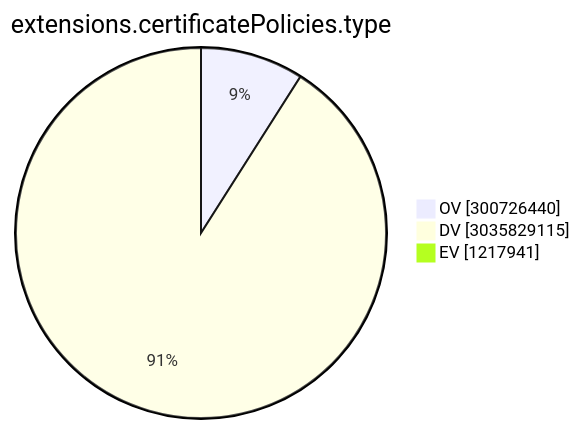
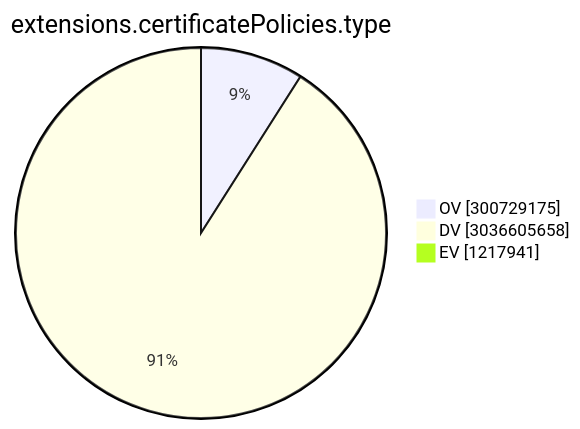
One commit to christiankrug/ctmonitor_visualization changed the ninth of 15 diagrams in TOTAL/README.md. Above: the diagram before and after it, drawn with Mermaid. The commit also changed other lines of this file, not shown here.

````diff
--- a/TOTAL/README.md
+++ b/TOTAL/README.md
@@ -3102,7 +3102,7 @@
 ```mermaid
 pie showData
 title extensions.certificatePolicies.type
-"OV" :300726440
-"DV" :3035829115
+"OV" :300729175
+"DV" :3036605658
 "EV" :1217941
 ```
````
